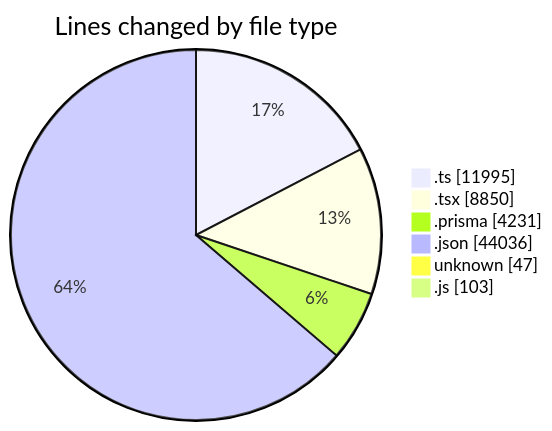
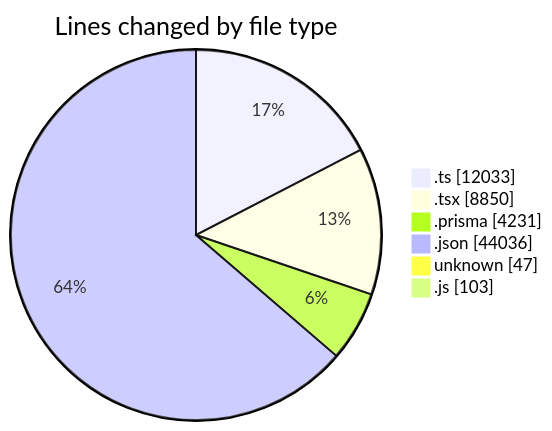
Before and after one commit to CELIANVF/code-tracking: the first of 2 diagrams in 2025-05-19/ecodeli-1/README.md, drawn with Mermaid. The commit also changed other lines of this file and 1 other file, not shown here.

````diff
--- a/2025-05-19/ecodeli-1/README.md
+++ b/2025-05-19/ecodeli-1/README.md
@@ -88,10 +88,10 @@
 ```mermaid
 pie showData
 title Lines changed by file type
-".ts" : 11995
+".ts" : 12033
 ".tsx" : 8850
 ".prisma" : 4231
 ".json" : 44036
 "unknown" : 47
 ".js" : 103
 ```
````
